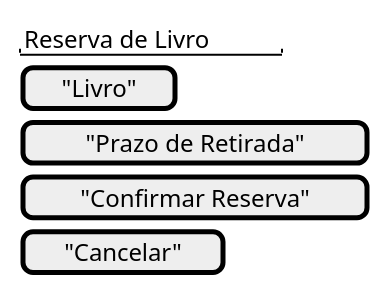
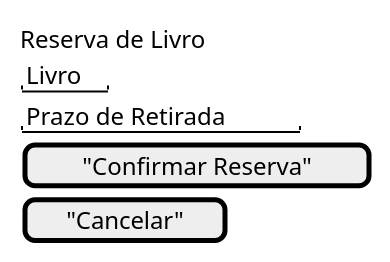
Before and after one commit to jonh-carvalho/PBE_25.2_8003: the fifth of 9 diagrams in docs/Disciplina/Roteiros/Elaboracao/new_proto_biblioteca.md, drawn with PlantUML. The commit also changed other lines of this file, not shown here.

````diff
--- a/docs/Disciplina/Roteiros/Elaboracao/new_proto_biblioteca.md
+++ b/docs/Disciplina/Roteiros/Elaboracao/new_proto_biblioteca.md
@@ -117,13 +123,14 @@
 ```plantuml
 @startsalt
 {
   {
-    "Reserva de Livro"
-    [ "Livro" ]
-    [ "Prazo de Retirada" ]
+    Reserva de Livro |  
+    .
+    "Livro"
+    "Prazo de Retirada"
     [ "Confirmar Reserva" ]
     [ "Cancelar" ]
   }
 }
 @endsalt
 ```
````
